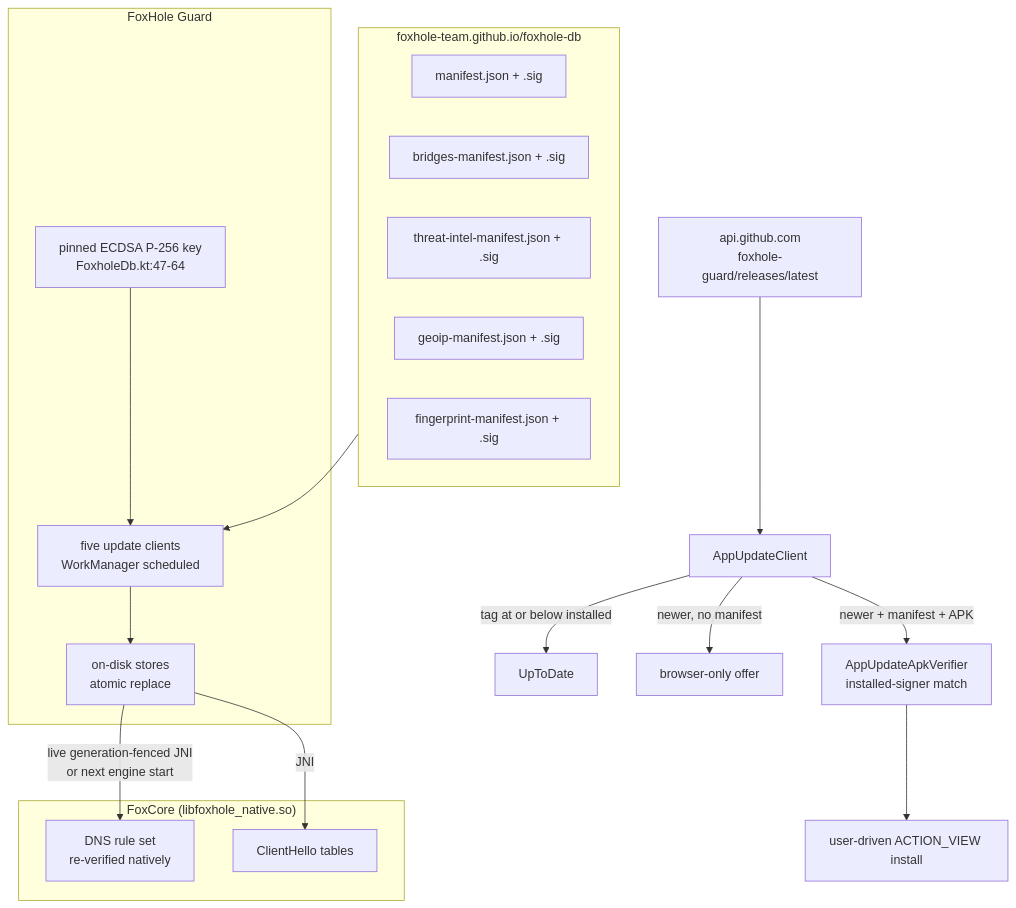
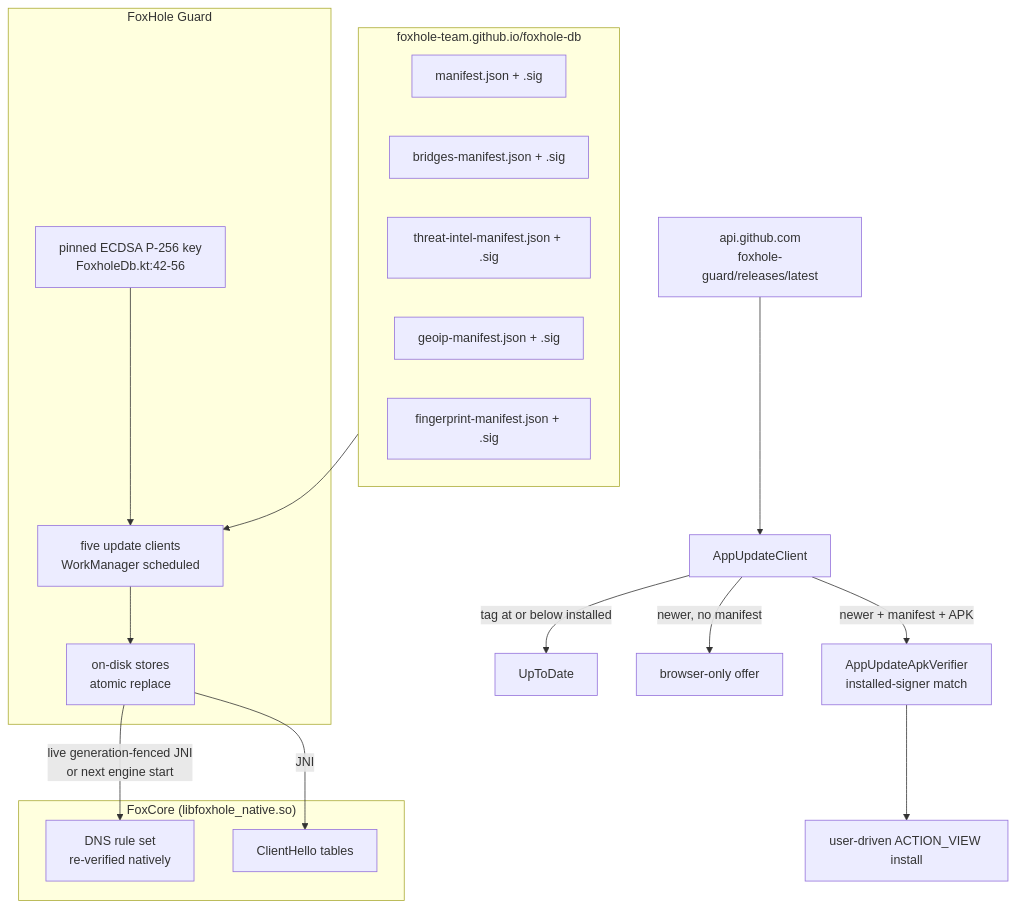
Before and after one commit to foxhole-team/foxhole-core: the first of 6 diagrams in docs/architecture/03-updates-and-data-delivery.md, drawn with Mermaid. The commit also changed other lines of this file and 1788 other files, not shown here.

````diff
--- a/docs/architecture/03-updates-and-data-delivery.md
+++ b/docs/architecture/03-updates-and-data-delivery.md
@@ -10,33 +10,33 @@
 ```mermaid
 flowchart TD
     subgraph db["foxhole-team.github.io/foxhole-db"]
         M1["manifest.json + .sig"]
         M2["bridges-manifest.json + .sig"]
         M3["threat-intel-manifest.json + .sig"]
         M4["geoip-manifest.json + .sig"]
         M5["fingerprint-manifest.json + .sig"]
     end
 
     subgraph app["FoxHole Guard"]
-        PK["pinned ECDSA P-256 key<br/>FoxholeDb.kt:47-64"]
+        PK["pinned ECDSA P-256 key<br/>FoxholeDb.kt:42-56"]
         UC["five update clients<br/>WorkManager scheduled"]
         ST["on-disk stores<br/>atomic replace"]
     end
 
     subgraph core["FoxCore (libfoxhole_native.so)"]
         RS["DNS rule set<br/>re-verified natively"]
         FP["ClientHello tables"]
     end
 
     db --> UC
     PK --> UC
     UC --> ST
     ST -->|"live generation-fenced JNI<br/>or next engine start"| RS
     ST -->|JNI| FP
 
     GH["api.github.com<br/>foxhole-guard/releases/latest"] --> AU["AppUpdateClient"]
     AU -->|"tag at or below installed"| UTD["UpToDate"]
     AU -->|"newer, no manifest"| BO["browser-only offer"]
     AU -->|"newer + manifest + APK"| AV["AppUpdateApkVerifier<br/>installed-signer match"]
     AV --> INS["user-driven ACTION_VIEW install"]
 ```
````
